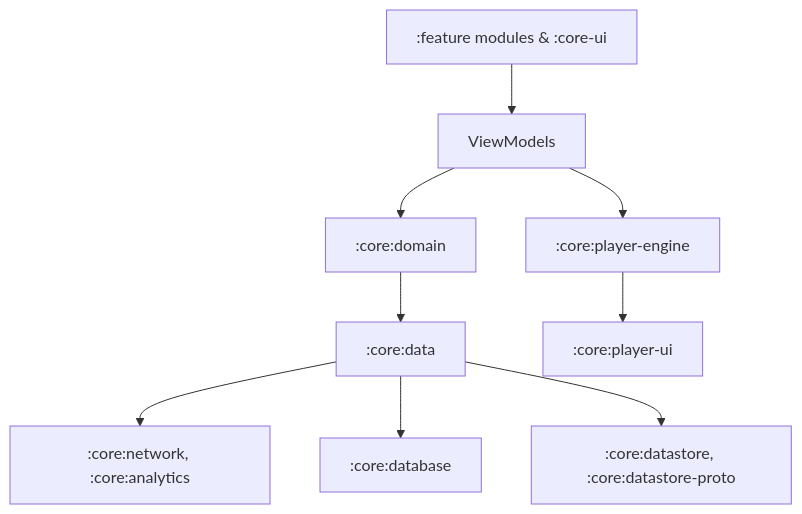
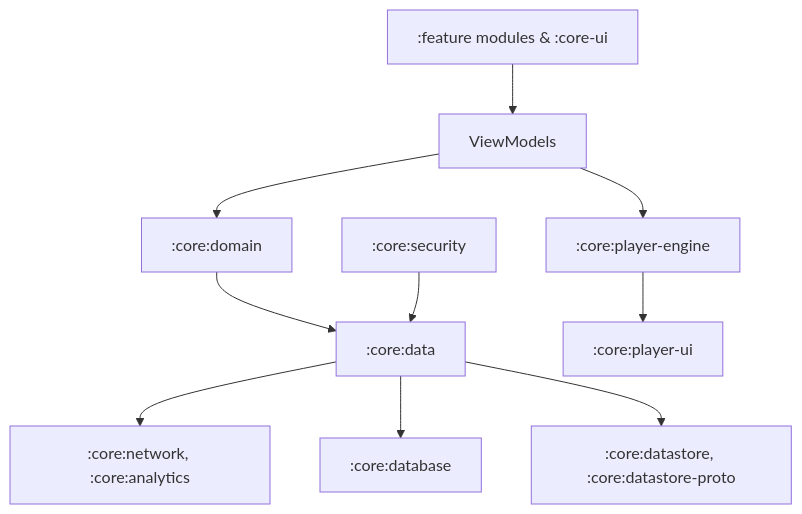
The first of 5 diagrams in docs/ARCHITECTURE.md (harrykibet/RealEstateApp-Android), drawn with Mermaid before and after one commit. The commit also changed other lines of this file and 1 other file, not shown here.

````diff
--- a/docs/ARCHITECTURE.md
+++ b/docs/ARCHITECTURE.md
@@ -5,8 +5,9 @@
 ```mermaid
 flowchart TD
     UI[":feature modules & :core-ui"] --> VM["ViewModels"] --> Domain[":core:domain"] --> Repos[":core:data"] --> Services[":core:network, :core:analytics"]
     Repos --> Database[":core:database"]
     Repos --> Storage[":core:datastore, :core:datastore-proto"]
     VM --> Player[":core:player-engine"]
     Player --> PlayerUI[":core:player-ui"]
+    Security[":core:security"] --> Repos
 ```
````
